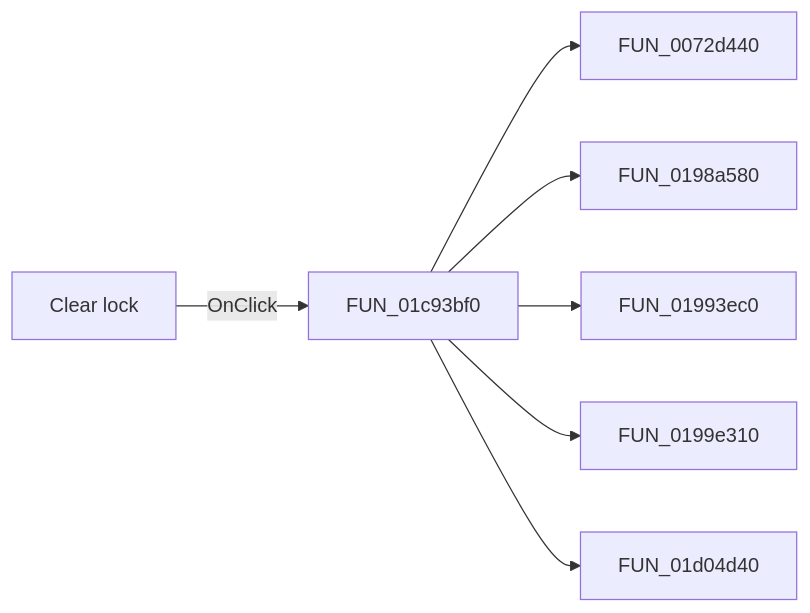
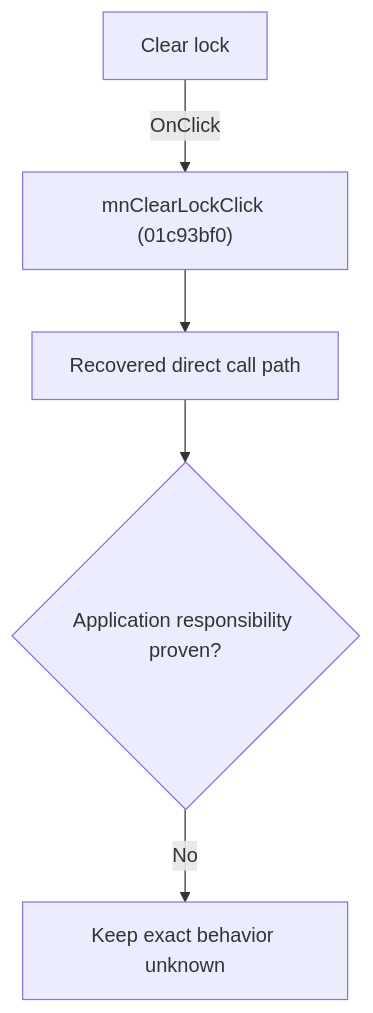
One commit to MovGP0/TIARA changed the diagram in docs/ui-controls/schematiceditor/mnclearlock-b8bd5be556.md. Above: the diagram before and after it, drawn with Mermaid. The commit also changed other lines of this file and 1062 other files, not shown here.

````diff
--- a/docs/ui-controls/schematiceditor/mnclearlock-b8bd5be556.md
+++ b/docs/ui-controls/schematiceditor/mnclearlock-b8bd5be556.md
@@ -27,9 +27,7 @@
 ```mermaid
-flowchart LR
-    control["Clear lock"] -->|OnClick| handler["FUN_01c93bf0"]
-    handler --> call1["FUN_0072d440"]
-    handler --> call2["FUN_0198a580"]
-    handler --> call3["FUN_01993ec0"]
-    handler --> call4["FUN_0199e310"]
-    handler --> call5["FUN_01d04d40"]
+flowchart TD
+    control["Clear lock"] -->|"OnClick"| handler["mnClearLockClick (01c93bf0)"]
+    handler --> recovered["Recovered direct call path"]
+    recovered --> gap{"Application responsibility proven?"}
+    gap -->|"No"| blocked["Keep exact behavior unknown"]
 ```
````
